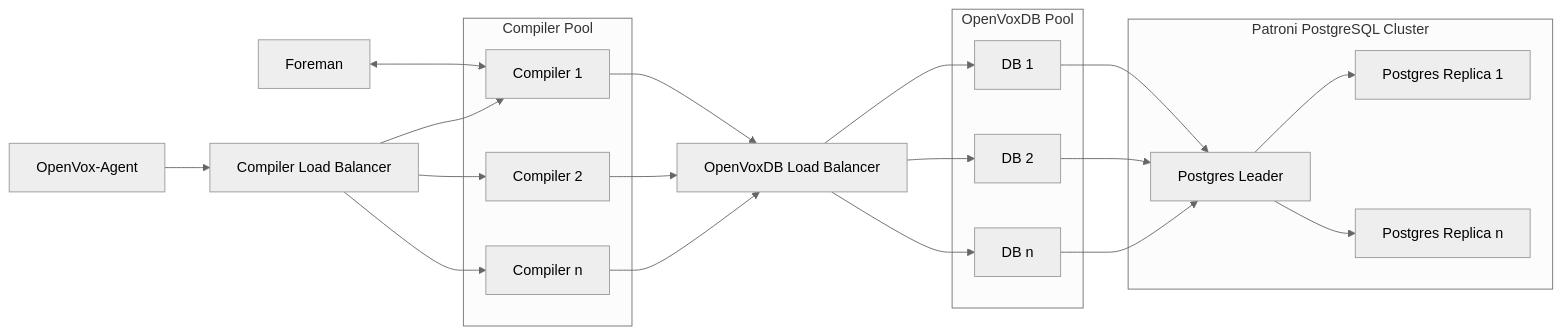
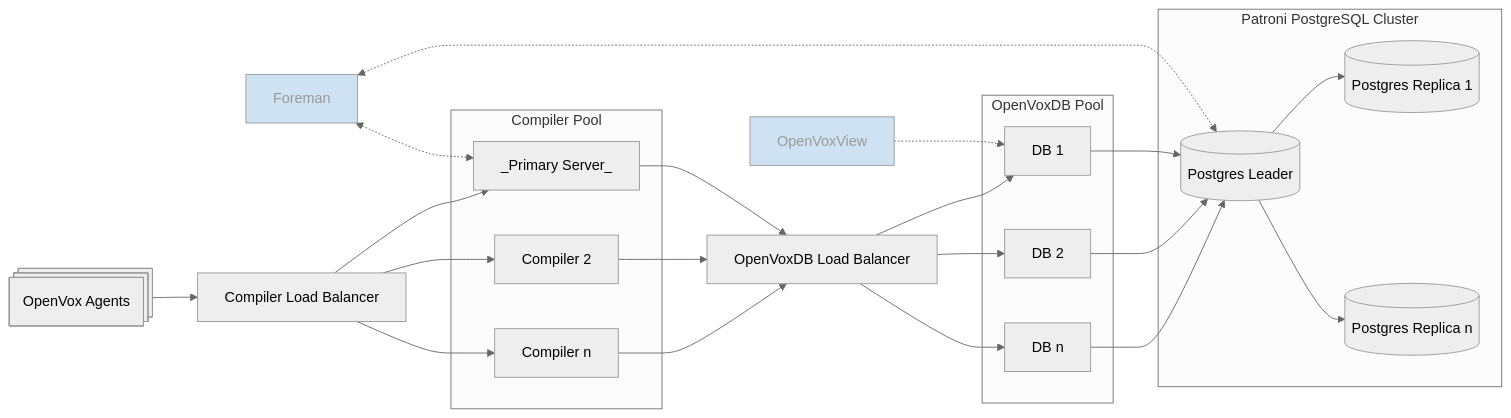
One commit to binford2k/overlookinfratech-openvox_platform changed the third of 3 diagrams in README.md. Above: the diagram before and after it, drawn with Mermaid (neutral theme). The commit also changed other lines of this file, not shown here.

````diff
--- a/README.md
+++ b/README.md
@@ -167,56 +201,63 @@
 ```mermaid
 %% OpenVox Agent Flow to Compiler Pool, DB Pool
 graph LR
 %% Agents
-OVAgent[OpenVox-Agent]
+OVAgent@{ shape: processes, label: "OpenVox Agents" }
 
 %% Load Balancer in front of Compiler Pool
 LB1[Compiler Load Balancer]
 
 %% Compiler Pool
 subgraph CompilerPool[Compiler Pool]
-    Compiler1[Compiler 1]
+    Compiler1[_Primary Server_]
     Compiler2[Compiler 2]
     Compiler3[Compiler n]
 end
 
 %% Load Balancer in front of DB Pool
 LB2[OpenVoxDB Load Balancer]
 
 %% PuppetDB Layer
 subgraph DBPool[OpenVoxDB Pool]
     DB1[DB 1]
     DB2[DB 2]
     DB3[DB n]
 end
 
 %% Patroni PostgreSQL Cluster
 subgraph Postgres[Patroni PostgreSQL Cluster]
-    PGLeader[Postgres Leader]
-    PGReplica1[Postgres Replica 1]
-    PGReplica2[Postgres Replica n]
+    PGLeader[(Postgres Leader)]
+    PGReplica1[(Postgres Replica 1)]
+    PGReplica2[(Postgres Replica n)]
 end
 
-Foreman <--> Compiler1
+Foreman <-.-> Compiler1
+Foreman <-.-> PGLeader
+
+OpenVoxView  -.-> DB1
 
 %% Connections
 OVAgent --> LB1
 LB1 --> Compiler1
 LB1 --> Compiler2
 LB1 --> Compiler3
 
 Compiler1 --> LB2
 Compiler2 --> LB2
 Compiler3 --> LB2
 
 LB2 --> DB1
 LB2 --> DB2
 LB2 --> DB3
 
 DB1 --> PGLeader
 DB2 --> PGLeader
 DB3 --> PGLeader
 
 PGLeader --> PGReplica1
 PGLeader --> PGReplica2
+
+%% styling
+classDef optional fill:#cfe2f3,color:#999
+class Foreman,OpenVoxView optional
 ```
````
